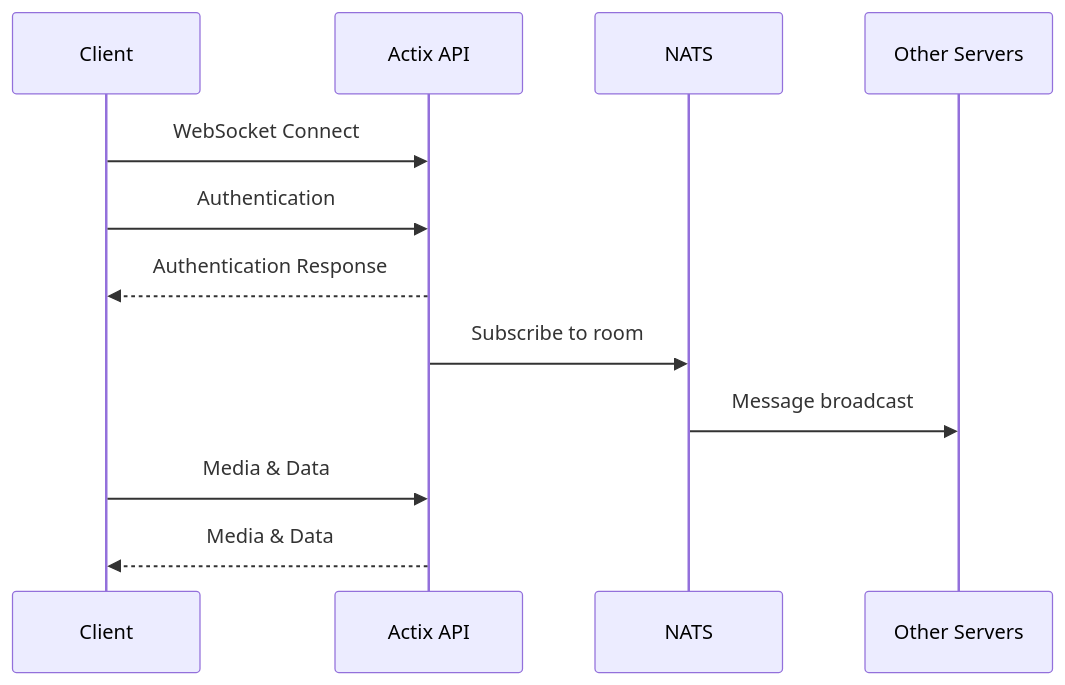
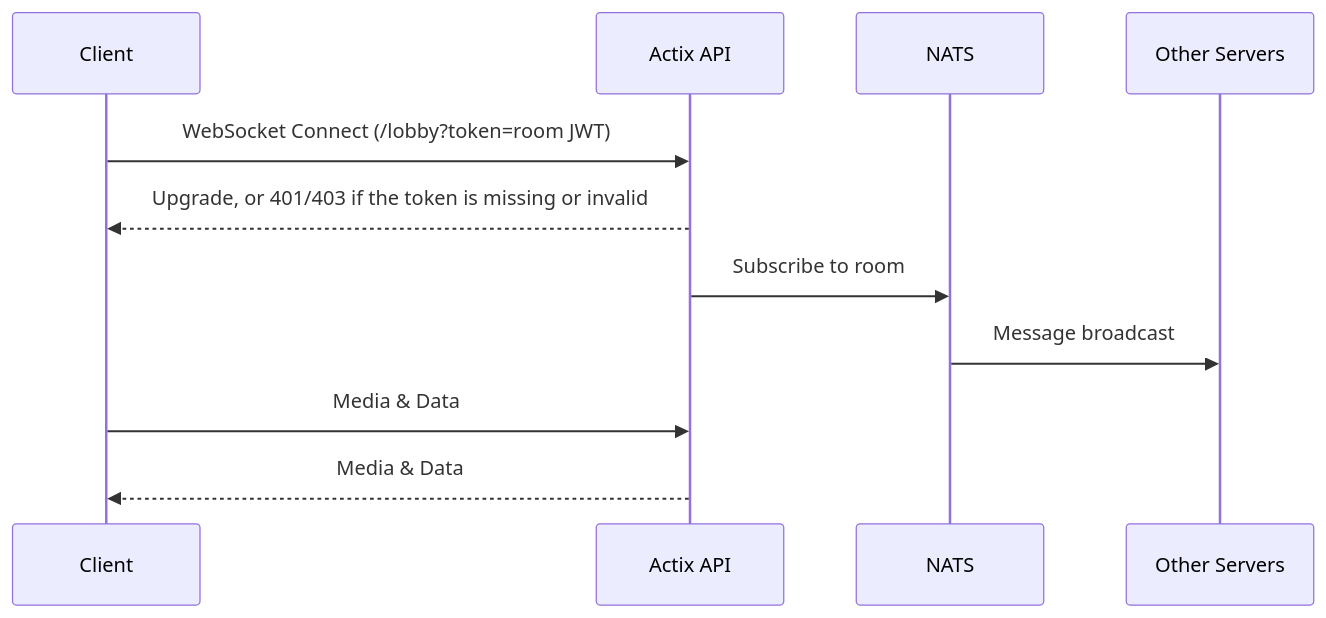
Before and after one commit to security-union/videocall-rs: the second of 7 diagrams in docs/ARCHITECTURE.md, drawn with Mermaid. The commit also changed other lines of this file and 21 other files, not shown here.

````diff
--- a/docs/ARCHITECTURE.md
+++ b/docs/ARCHITECTURE.md
@@ -67,15 +67,14 @@
 ```mermaid
 sequenceDiagram
     participant Client
     participant ActixAPI as Actix API
     participant NATS
     participant OtherServers as Other Servers
     
-    Client->>ActixAPI: WebSocket Connect
-    Client->>ActixAPI: Authentication
-    ActixAPI-->>Client: Authentication Response
+    Client->>ActixAPI: WebSocket Connect (/lobby?token=room JWT)
+    ActixAPI-->>Client: Upgrade, or 401/403 if the token is missing or invalid
     ActixAPI->>NATS: Subscribe to room
     NATS->>OtherServers: Message broadcast
     Client->>ActixAPI: Media & Data
     ActixAPI-->>Client: Media & Data
 ```
````
